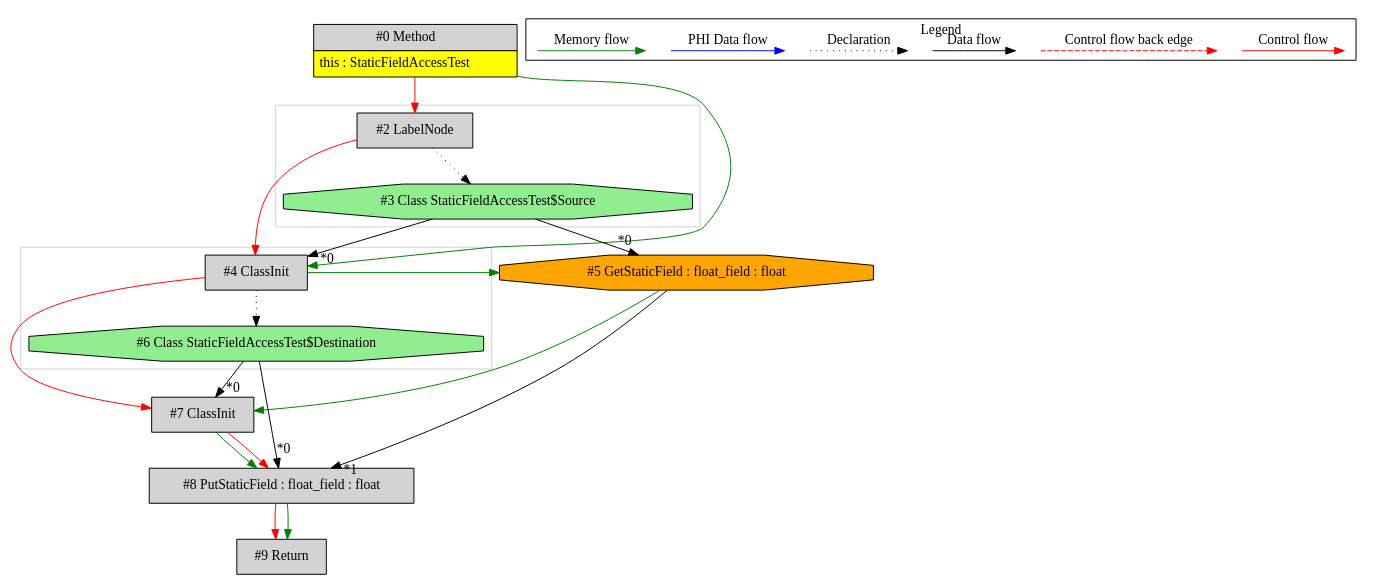
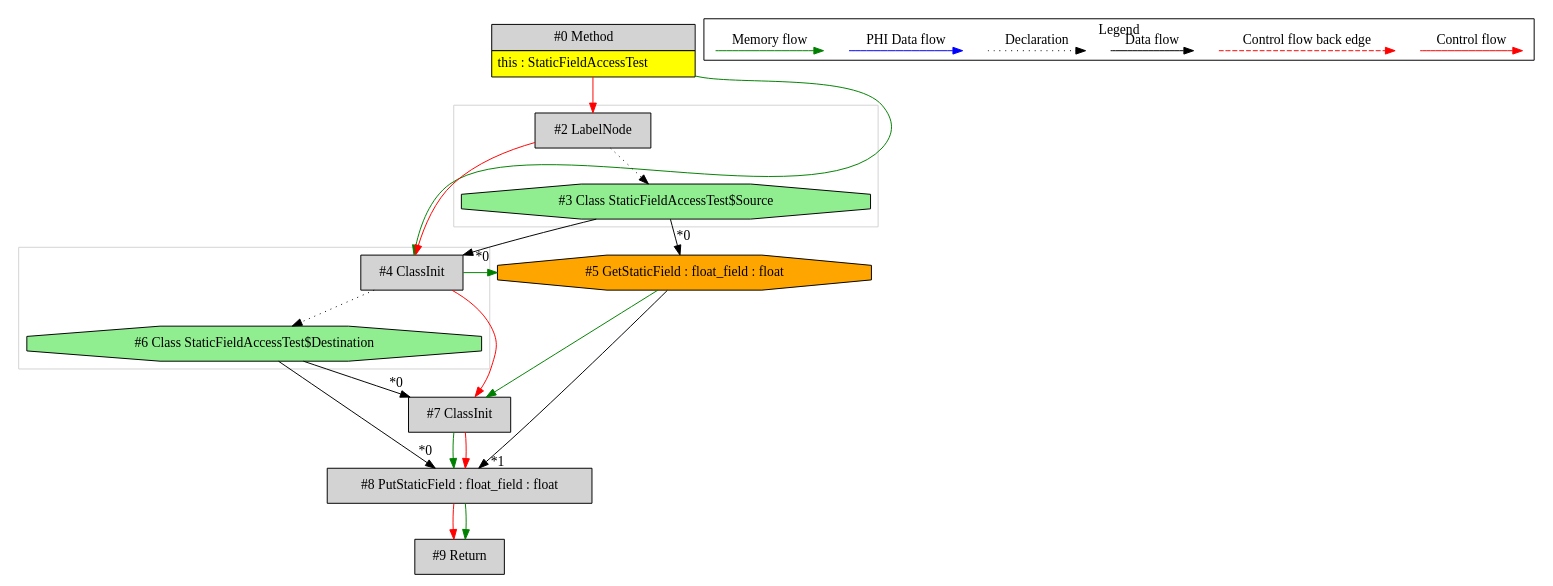
Before and after one commit to mirkosertic/MetaIR: the diagram in de.mirkosertic.metair.ir.examples.StaticFieldAccessTest/copy_float/ir.dot, drawn with Graphviz. The commit also changed other lines of this file and 540 other files, not shown here.

```diff
--- a/de.mirkosertic.metair.ir.examples.StaticFieldAccessTest/copy_float/ir.dot
+++ b/de.mirkosertic.metair.ir.examples.StaticFieldAccessTest/copy_float/ir.dot
@@ -1,65 +1,65 @@
 digraph {
  ordering="in";
  node0[margin="0", label=<<table border="0" cellborder="1" cellspacing="0" cellpadding="5"><tr><td colspan="1">#0 Method</td></tr><tr><td port="prj1" bgcolor="yellow">this : StaticFieldAccessTest</td></tr></table>>,shape=none, fillcolor=lightgrey, style=filled];
+ node4[label="#4 ClassInit",shape=box, fillcolor=lightgrey, style=filled];
+ node3 -> node4[headlabel="*0", labeldistance=2];
+ node0 -> node4[labeldistance=2, color=green, constraint=false];
+ node2 -> node4[labeldistance=2, color=red, fontcolor=red];
  node2[label="#2 LabelNode",shape=box, fillcolor=lightgrey, style=filled];
  node0 -> node2[labeldistance=2, color=red, fontcolor=red];
  node3[label="#3 Class StaticFieldAccessTest$Source",shape=octagon, fillcolor=lightgreen, style=filled];
  node2 -> node3[style=dotted];
  node5[label="#5 GetStaticField : float_field : float",shape=octagon, fillcolor=orange, style=filled];
  node3 -> node5[headlabel="*0", labeldistance=2];
  node4 -> node5[labeldistance=2, color=green, constraint=false];
- node4[label="#4 ClassInit",shape=box, fillcolor=lightgrey, style=filled];
- node3 -> node4[headlabel="*0", labeldistance=2];
- node0 -> node4[labeldistance=2, color=green, constraint=false];
- node2 -> node4[labeldistance=2, color=red, fontcolor=red];
- node6[label="#6 Class StaticFieldAccessTest$Destination",shape=octagon, fillcolor=lightgreen, style=filled];
- node4 -> node6[style=dotted];
  node8[label="#8 PutStaticField : float_field : float",shape=box, fillcolor=lightgrey, style=filled];
  node6 -> node8[headlabel="*0", labeldistance=2];
  node5 -> node8[headlabel="*1", labeldistance=2];
  node7 -> node8[labeldistance=2, color=green, constraint=false];
  node7 -> node8[labeldistance=2, color=red, fontcolor=red];
  node7[label="#7 ClassInit",shape=box, fillcolor=lightgrey, style=filled];
  node6 -> node7[headlabel="*0", labeldistance=2];
  node5 -> node7[labeldistance=2, color=green, constraint=false];
  node4 -> node7[labeldistance=2, color=red, fontcolor=red];
+ node6[label="#6 Class StaticFieldAccessTest$Destination",shape=octagon, fillcolor=lightgreen, style=filled];
+ node4 -> node6[style=dotted];
  node9[label="#9 Return",shape=box, fillcolor=lightgrey, style=filled];
  node8 -> node9[labeldistance=2, color=red, fontcolor=red];
  node8 -> node9[labeldistance=2, color=green, constraint=false];
  subgraph cluster_0 {
   color=lightgray;
-  node4;
-  node6;
+  node2;
+  node3;
  }
  subgraph cluster_1 {
   color=lightgray;
-  node2;
-  node3;
+  node4;
+  node6;
  }
  subgraph cluster_000 {
   label = "Legend";
   node [shape=point]
   {
    rank=same;
    c0 [style = invis];
    c1 [style = invis];
    c2 [style = invis];
    c3 [style = invis];
    d0 [style = invis];
    d1 [style = invis];
    d2 [style = invis];
    d3 [style = invis];
    d4 [style = invis];
    d5 [style = invis];
    d6 [style = invis];
    d7 [style = invis];
   }
   c0 -> c1 [label="Control flow", style=solid, color=red]
   c2 -> c3 [label="Control flow back edge", style=dashed, color=red]
   d0 -> d1 [label="Data flow"]
   d2 -> d3 [label="Declaration", style=dotted]
   d4 -> d5 [label="PHI Data flow", color=blue]
   d6 -> d7 [label="Memory flow", color=green]
  }
 
 }
```
